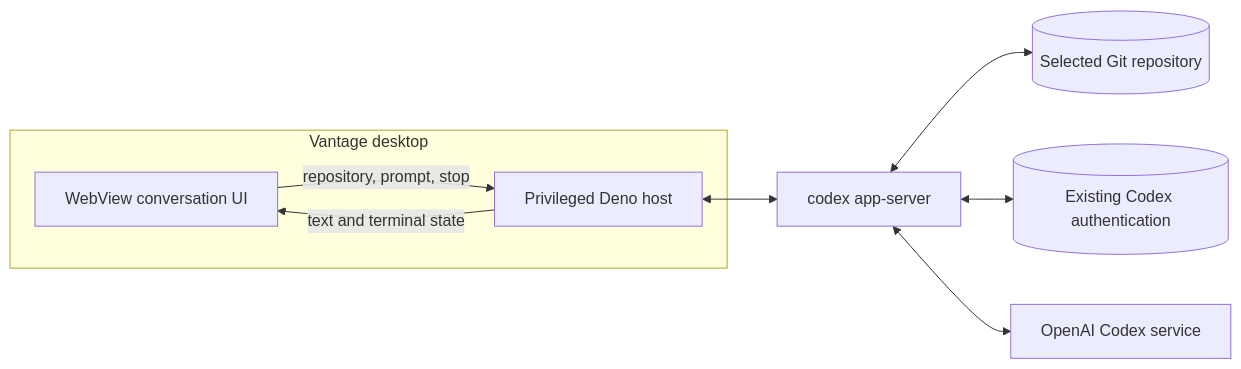
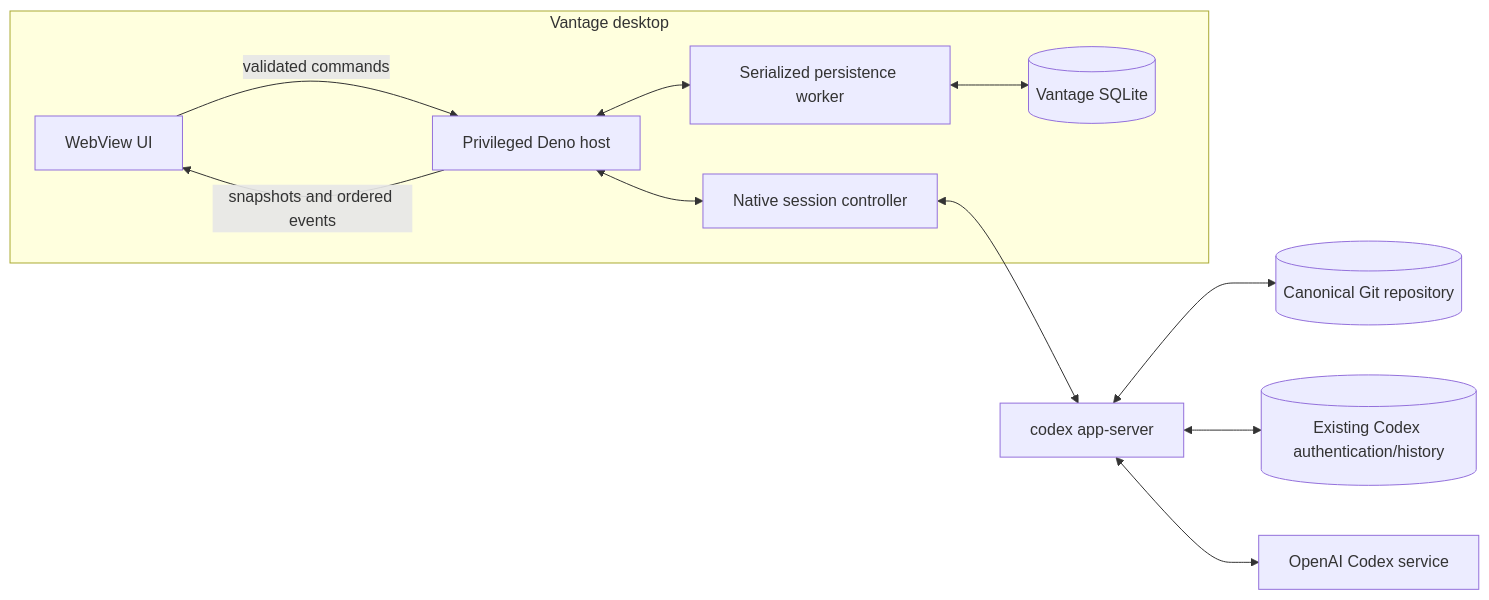
Before and after one commit to mabrax/vantage: the first of 2 diagrams in docs/architecture/README.md, drawn with Mermaid. The commit also changed other lines of this file and 15 other files, not shown here.

````diff
--- a/docs/architecture/README.md
+++ b/docs/architecture/README.md
@@ -49,20 +57,26 @@
 ```mermaid
 flowchart LR
     subgraph Desktop["Vantage desktop"]
-        UI["WebView conversation UI"]
+        UI["WebView UI"]
         HOST["Privileged Deno host"]
+        SESSION["Native session controller"]
+        STORE["Serialized persistence worker"]
+        DB[("Vantage SQLite")]
 
-        UI -->|"repository, prompt, stop"| HOST
-        HOST -->|"text and terminal state"| UI
+        UI -->|"validated commands"| HOST
+        HOST -->|"snapshots and ordered events"| UI
+        HOST <--> SESSION
+        HOST <--> STORE
+        STORE <--> DB
     end
 
     CODEX["codex app-server"]
-    REPO[("Selected Git repository")]
-    HOME[("Existing Codex authentication")]
+    REPO[("Canonical Git repository")]
+    HOME[("Existing Codex authentication/history")]
     SERVICE["OpenAI Codex service"]
 
-    HOST <--> CODEX
+    SESSION <--> CODEX
     CODEX <--> REPO
     CODEX <--> HOME
     CODEX <--> SERVICE
 ```
````
